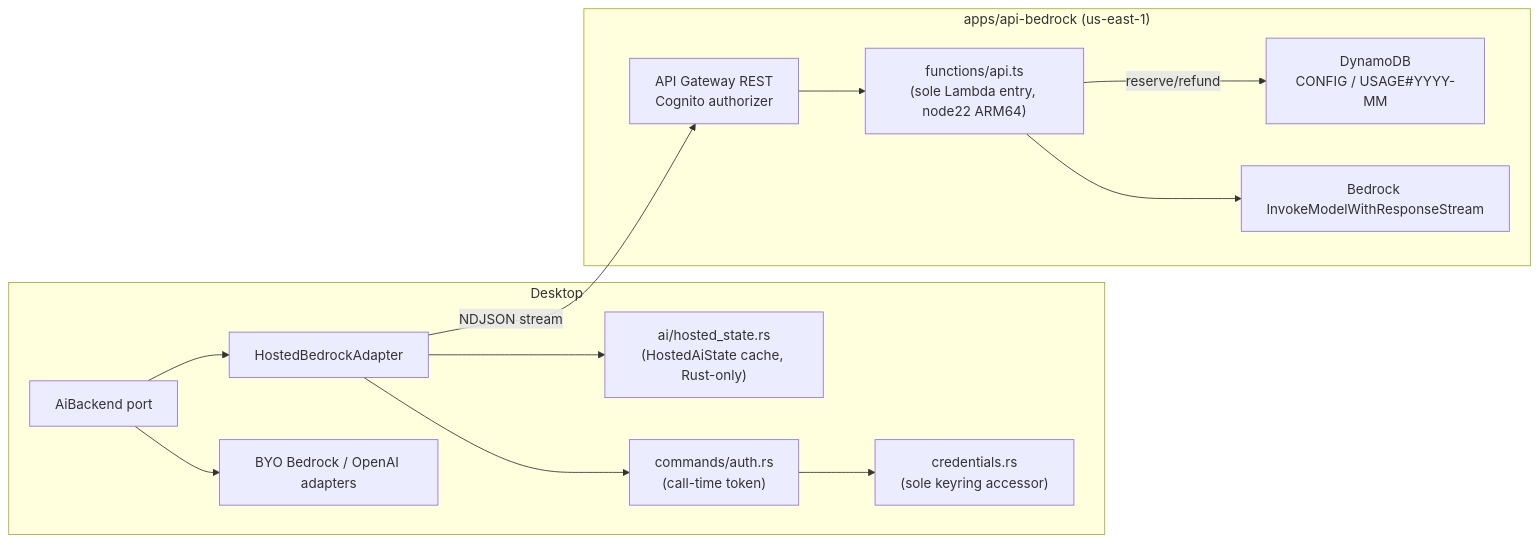
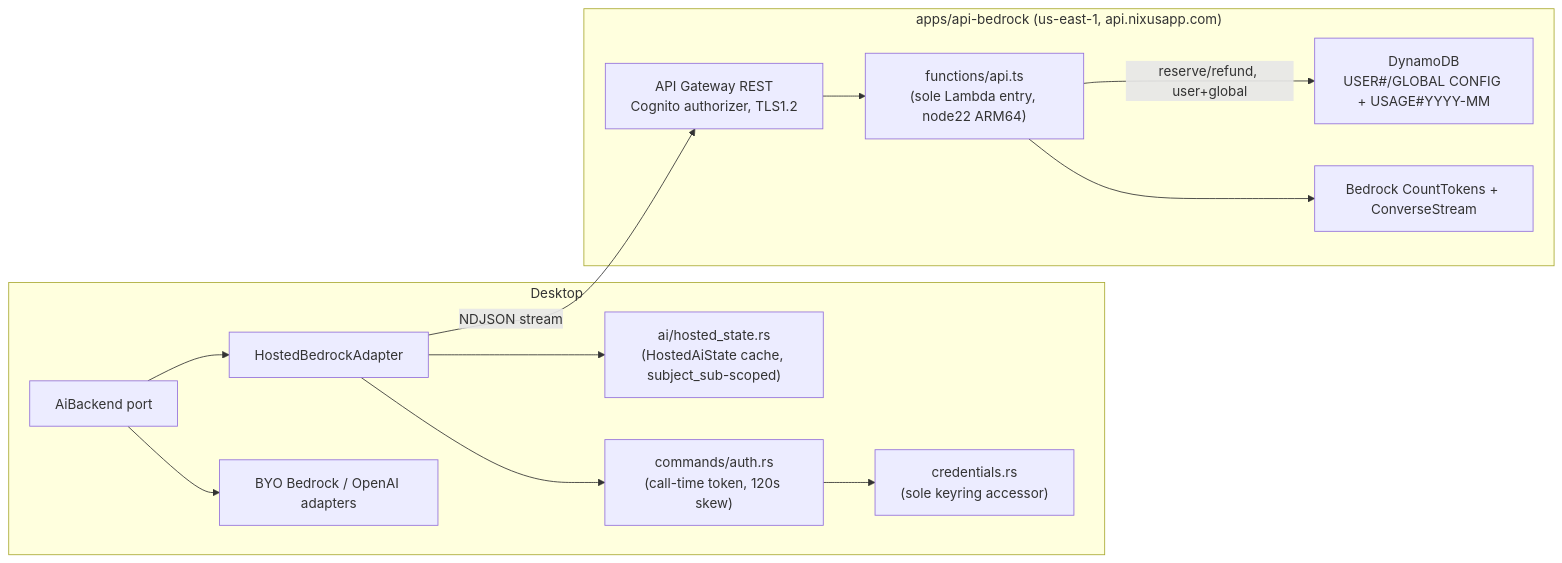
Before and after one commit to nickbazinet/nixus: the first of 2 diagrams in _bmad-output/planning-artifacts/architecture/architecture-nixus-2026-08-25/ARCHITECTURE-SPINE.md, drawn with Mermaid. The commit also changed other lines of this file and 2 other files, not shown here.

````diff
--- a/_bmad-output/planning-artifacts/architecture/architecture-nixus-2026-08-25/ARCHITECTURE-SPINE.md
+++ b/_bmad-output/planning-artifacts/architecture/architecture-nixus-2026-08-25/ARCHITECTURE-SPINE.md
@@ -124,24 +143,24 @@
 ```mermaid
 flowchart LR
   subgraph Desktop
     AiBackend["AiBackend port"]
     Hosted["HostedBedrockAdapter"]
-    State["ai/hosted_state.rs\n(HostedAiState cache, Rust-only)"]
+    State["ai/hosted_state.rs\n(HostedAiState cache, subject_sub-scoped)"]
     BYO["BYO Bedrock / OpenAI adapters"]
-    Auth["commands/auth.rs\n(call-time token)"]
+    Auth["commands/auth.rs\n(call-time token, 120s skew)"]
     Cred["credentials.rs\n(sole keyring accessor)"]
   end
-  subgraph Cloud["apps/api-bedrock (us-east-1)"]
-    APIGW["API Gateway REST\nCognito authorizer"]
+  subgraph Cloud["apps/api-bedrock (us-east-1, api.nixusapp.com)"]
+    APIGW["API Gateway REST\nCognito authorizer, TLS1.2"]
     Fn["functions/api.ts\n(sole Lambda entry, node22 ARM64)"]
-    Ddb["DynamoDB\nCONFIG / USAGE#YYYY-MM"]
-    Bedrock["Bedrock InvokeModelWithResponseStream"]
+    Ddb["DynamoDB\nUSER#/GLOBAL CONFIG + USAGE#YYYY-MM"]
+    Bedrock["Bedrock CountTokens + ConverseStream"]
   end
   AiBackend --> Hosted
   AiBackend --> BYO
   Hosted --> State
   Hosted --> Auth --> Cred
   Hosted -->|NDJSON stream| APIGW --> Fn
-  Fn -->|reserve/refund| Ddb
+  Fn -->|reserve/refund, user+global| Ddb
   Fn --> Bedrock
 ```
````
